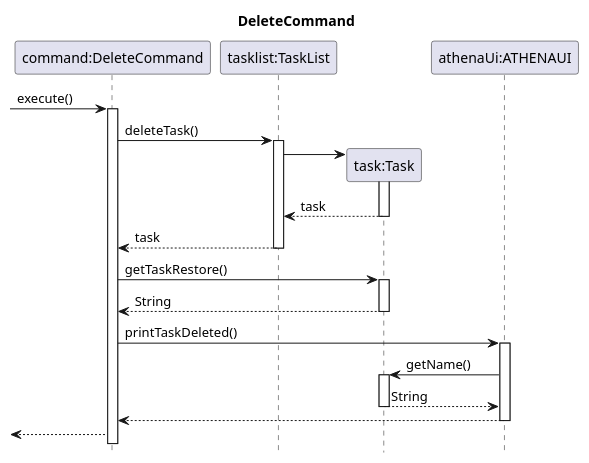
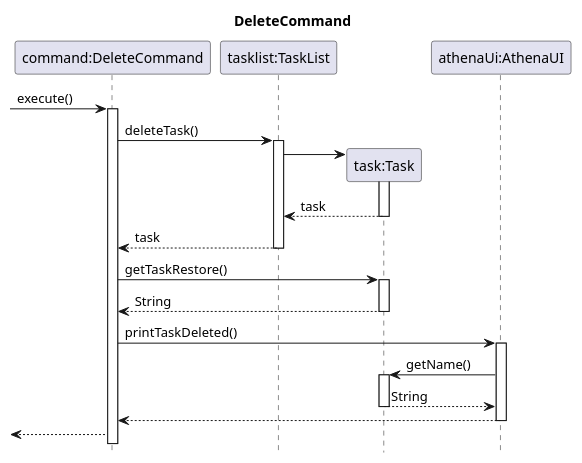
The diagram in docs/sequenceDiagrams/DeleteCommand.puml (wish2023/tp), drawn with PlantUML before and after one commit. The commit also changed 6 other files, not shown here.

```diff
--- a/docs/sequenceDiagrams/DeleteCommand.puml
+++ b/docs/sequenceDiagrams/DeleteCommand.puml
@@ -1,26 +1,26 @@
 @startuml
 hide footbox
 title DeleteCommand
 participant "command:DeleteCommand" as DeleteCommand
 participant "tasklist:TaskList" as TaskList
 participant "task:Task" as Task
-participant "athenaUi:ATHENAUI" as AthenaUI
+participant "athenaUi:AthenaUI" as AthenaUI
 
 ->DeleteCommand: execute()
 activate DeleteCommand
 DeleteCommand->TaskList: deleteTask()
 activate TaskList
 TaskList->Task**
 activate Task
 return task
 return task
 DeleteCommand->Task++:getTaskRestore()
 return String
 DeleteCommand->AthenaUI++: printTaskDeleted()
 AthenaUI->Task++:getName()
 return String
 AthenaUI-->DeleteCommand--:
 <--DeleteCommand:
 
 
 @enduml
```
